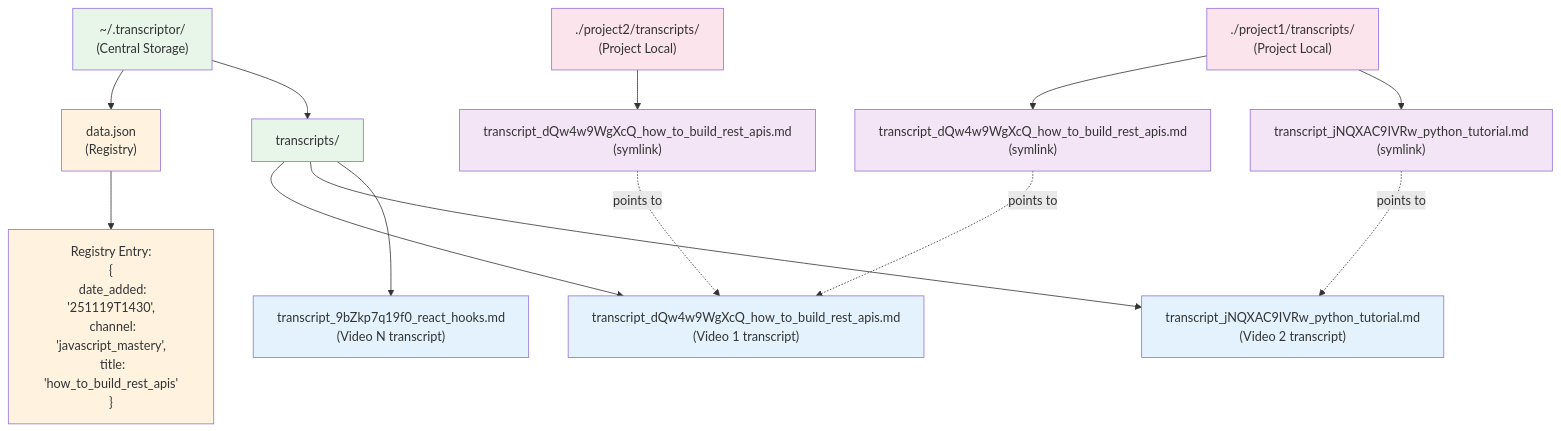
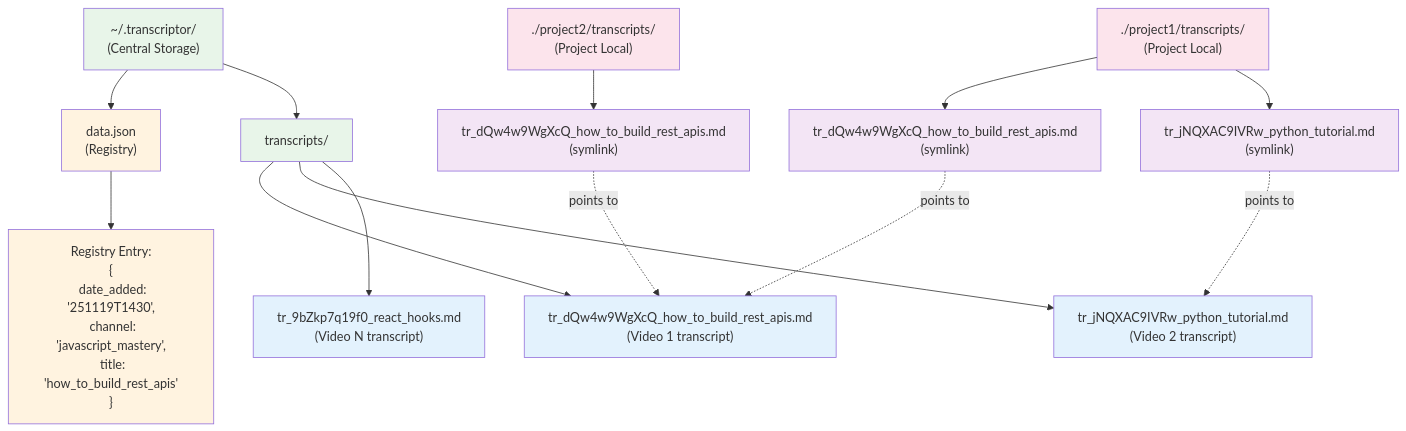
One commit to michaellinhardt/nodejs-youtube-transcriptor changed the third of 3 diagrams in docs/ARCHITECTURE.md. Above: the diagram before and after it, drawn with Mermaid. The commit also changed other lines of this file and 13 other files, not shown here.

````diff
--- a/docs/ARCHITECTURE.md
+++ b/docs/ARCHITECTURE.md
@@ -506,33 +506,33 @@
 ```mermaid
 graph TD
     A["~/.transcriptor/<br/>(Central Storage)"] --> B["data.json<br/>(Registry)"]
     A --> C["transcripts/"]
 
-    C --> C1["transcript_dQw4w9WgXcQ_how_to_build_rest_apis.md<br/>(Video 1 transcript)"]
-    C --> C2["transcript_jNQXAC9IVRw_python_tutorial.md<br/>(Video 2 transcript)"]
-    C --> C3["transcript_9bZkp7q19f0_react_hooks.md<br/>(Video N transcript)"]
+    C --> C1["tr_dQw4w9WgXcQ_how_to_build_rest_apis.md<br/>(Video 1 transcript)"]
+    C --> C2["tr_jNQXAC9IVRw_python_tutorial.md<br/>(Video 2 transcript)"]
+    C --> C3["tr_9bZkp7q19f0_react_hooks.md<br/>(Video N transcript)"]
 
-    D["./project1/transcripts/<br/>(Project Local)"] --> D1["transcript_dQw4w9WgXcQ_how_to_build_rest_apis.md<br/>(symlink)"]
-    D --> D2["transcript_jNQXAC9IVRw_python_tutorial.md<br/>(symlink)"]
+    D["./project1/transcripts/<br/>(Project Local)"] --> D1["tr_dQw4w9WgXcQ_how_to_build_rest_apis.md<br/>(symlink)"]
+    D --> D2["tr_jNQXAC9IVRw_python_tutorial.md<br/>(symlink)"]
 
-    E["./project2/transcripts/<br/>(Project Local)"] --> E1["transcript_dQw4w9WgXcQ_how_to_build_rest_apis.md<br/>(symlink)"]
+    E["./project2/transcripts/<br/>(Project Local)"] --> E1["tr_dQw4w9WgXcQ_how_to_build_rest_apis.md<br/>(symlink)"]
 
     D1 -.->|"points to"| C1
     D2 -.->|"points to"| C2
     E1 -.->|"points to"| C1
 
     B --> F["Registry Entry:<br/>{<br/>  date_added: '251119T1430',<br/>  channel: 'javascript_mastery',<br/>  title: 'how_to_build_rest_apis'<br/>}"]
 
     style A fill:#e8f5e9
     style B fill:#fff3e0
     style C fill:#e8f5e9
     style C1 fill:#e3f2fd
     style C2 fill:#e3f2fd
     style C3 fill:#e3f2fd
     style D fill:#fce4ec
     style E fill:#fce4ec
     style D1 fill:#f3e5f5
     style D2 fill:#f3e5f5
     style E1 fill:#f3e5f5
     style F fill:#fff3e0
 ```
````
